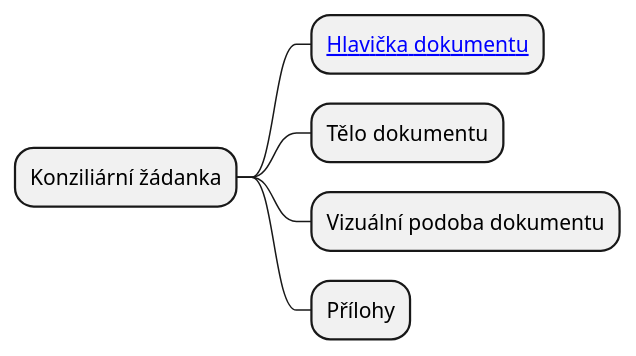
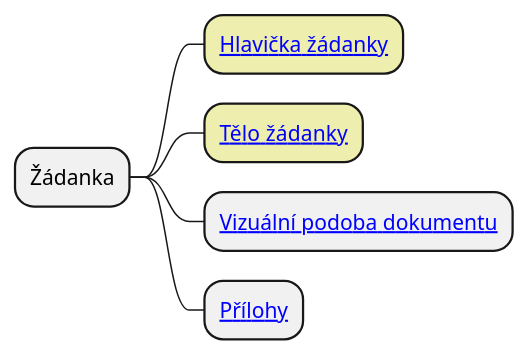
The diagram in input/images-source/orderDiagram-cz.plantuml (HL7-cz/k-order), drawn with PlantUML before and after one commit. The commit also changed 74 other files, not shown here.

```diff
--- a/input/images-source/orderDiagram-cz.plantuml
+++ b/input/images-source/orderDiagram-cz.plantuml
@@ -1,12 +1,10 @@
-@startmindmap korderDiagram
+@startmindmap 
 skinparam topurl StructureDefinition-
 
-* Konziliární žádanka
-** [[StructureDefinition-logHeaderKOrder.html Hlavička dokumentu]]
-** Tělo dokumentu
-** Vizuální podoba dokumentu
-** Přílohy
-'** Link to Related Report
-'** Media
-'** Dicom Metadata
+* Žádanka
+**[#EEEEAE] [[LMHeaderOrder.html Hlavička žádanky]]
+**[#EEEEAE] [[LMBodyOrder.html Tělo žádanky]]
+** [[LMPresentedFormOrderCz.html Vizuální podoba dokumentu]]
+** [[LMPresentedFormOrderCz.html Přílohy]]
+
 @endmindmap
```
